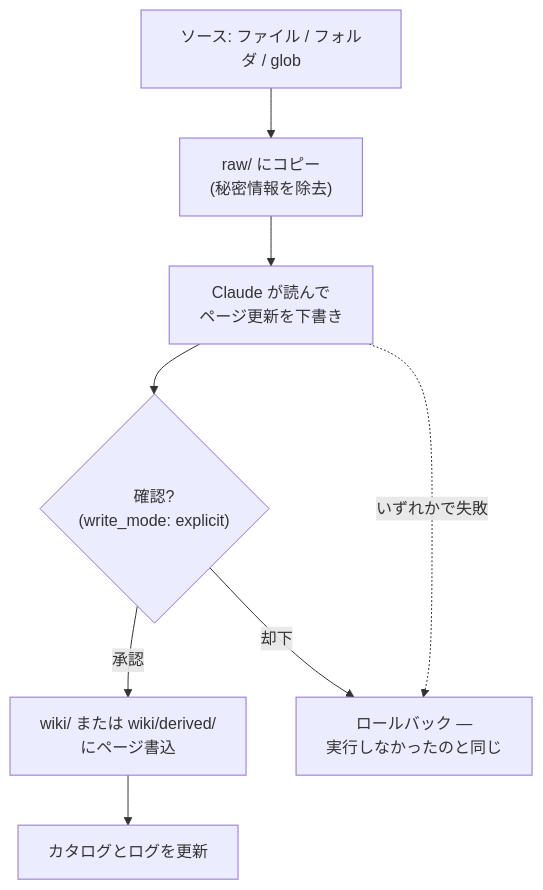
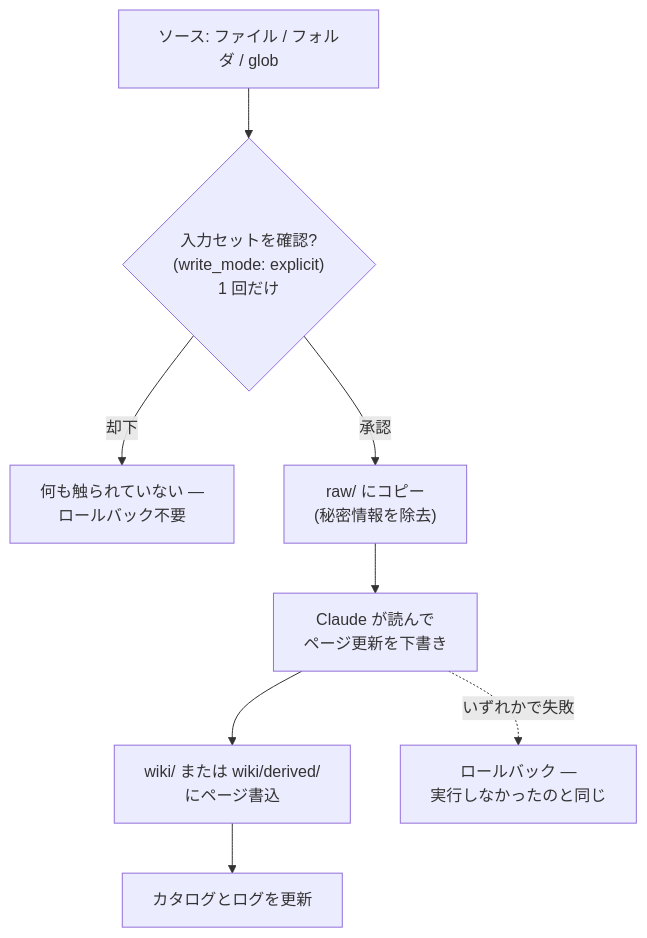
The third of 3 diagrams in plugins/llm-wiki/USER_GUIDE_ja.md (gigamori/ai-agent-toolkit), drawn with Mermaid before and after one commit. The commit also changed other lines of this file and 1 other file, not shown here.

First line of the commit message:
docs(llm-wiki): correct the confirmation flow for the batch-head gate

````diff
--- a/plugins/llm-wiki/USER_GUIDE_ja.md
+++ b/plugins/llm-wiki/USER_GUIDE_ja.md
@@ -115,10 +122,10 @@
 ```mermaid
 flowchart TD
-    S["ソース: ファイル / フォルダ / glob"] --> R["raw/ にコピー<br/>(秘密情報を除去)"]
+    S["ソース: ファイル / フォルダ / glob"] --> CONF{"入力セットを確認?<br/>(write_mode: explicit)<br/>1 回だけ"}
+    CONF -- 却下 --> STOP["何も触られていない —<br/>ロールバック不要"]
+    CONF -- 承認 --> R["raw/ にコピー<br/>(秘密情報を除去)"]
     R --> READ["Claude が読んで<br/>ページ更新を下書き"]
-    READ --> CONF{"確認?<br/>(write_mode: explicit)"}
-    CONF -- 承認 --> W["wiki/ または wiki/derived/<br/>にページ書込"]
+    READ --> W["wiki/ または wiki/derived/<br/>にページ書込"]
     W --> OK["カタログとログを更新"]
-    CONF -- 却下 --> RB["ロールバック —<br/>実行しなかったのと同じ"]
-    READ -. "いずれかで失敗" .-> RB
+    READ -. "いずれかで失敗" .-> RB["ロールバック —<br/>実行しなかったのと同じ"]
 ```
````
